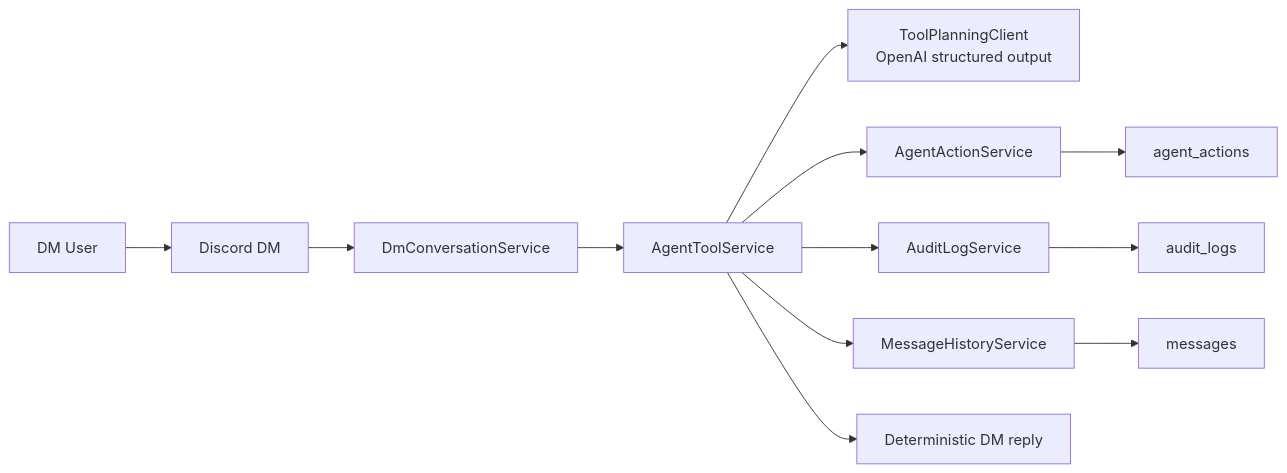
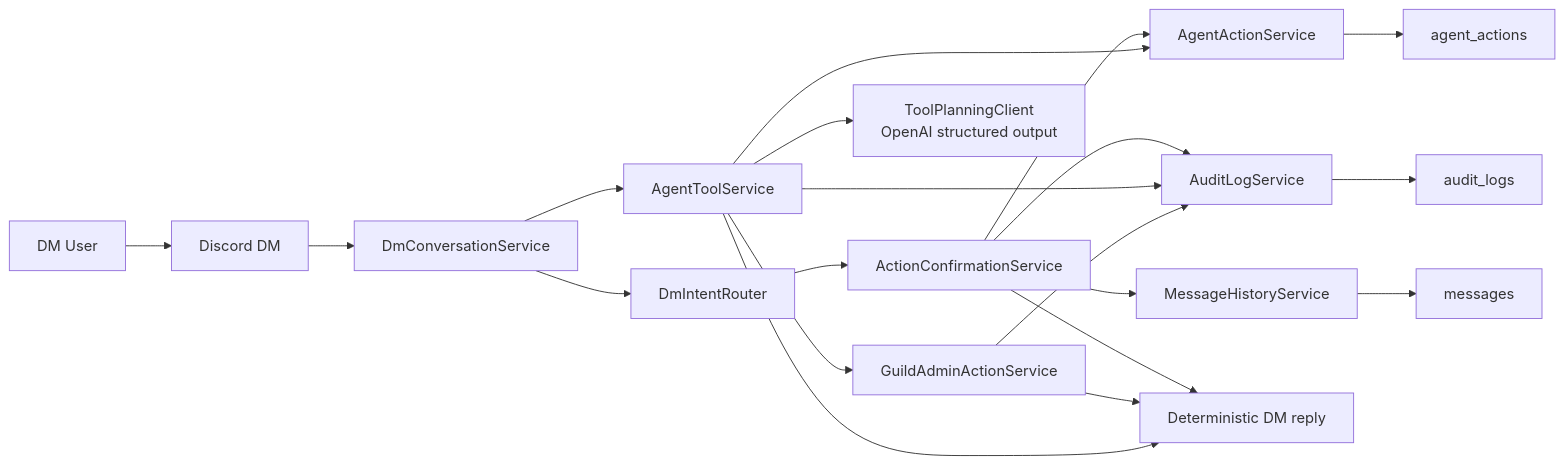
The diagram in docs/diagrams/dm-tool-execution-flow.md (gOps132/GigiDC), drawn with Mermaid before and after one commit. The commit also changed other lines of this file and 36 other files, not shown here.

Commit message:
feat: add dm identity and guild-admin execution

````diff
--- a/docs/diagrams/dm-tool-execution-flow.md
+++ b/docs/diagrams/dm-tool-execution-flow.md
@@ -5,27 +5,38 @@
 ```mermaid
 flowchart LR
   Requester["DM User"]
   DmMessage["Discord DM"]
   Conversation["DmConversationService"]
+  Router["DmIntentRouter"]
+  Confirm["ActionConfirmationService"]
   Planner["AgentToolService"]
   Model["ToolPlanningClient<br/>OpenAI structured output"]
   TaskAction["AgentActionService"]
+  GuildAdmin["GuildAdminActionService"]
   Audit["AuditLogService"]
   History["MessageHistoryService"]
   ActionTable["agent_actions"]
   AuditTable["audit_logs"]
   MessageTable["messages"]
   Reply["Deterministic DM reply"]
 
   Requester --> DmMessage
   DmMessage --> Conversation
+  Conversation --> Router
+  Router --> Confirm
   Conversation --> Planner
   Planner --> Model
+  Confirm --> TaskAction
+  Confirm --> Audit
+  Confirm --> History
   Planner --> TaskAction
+  Planner --> GuildAdmin
   Planner --> Audit
-  Planner --> History
+  GuildAdmin --> Audit
   TaskAction --> ActionTable
   Audit --> AuditTable
   History --> MessageTable
+  Confirm --> Reply
+  GuildAdmin --> Reply
   Planner --> Reply
 ```
````
